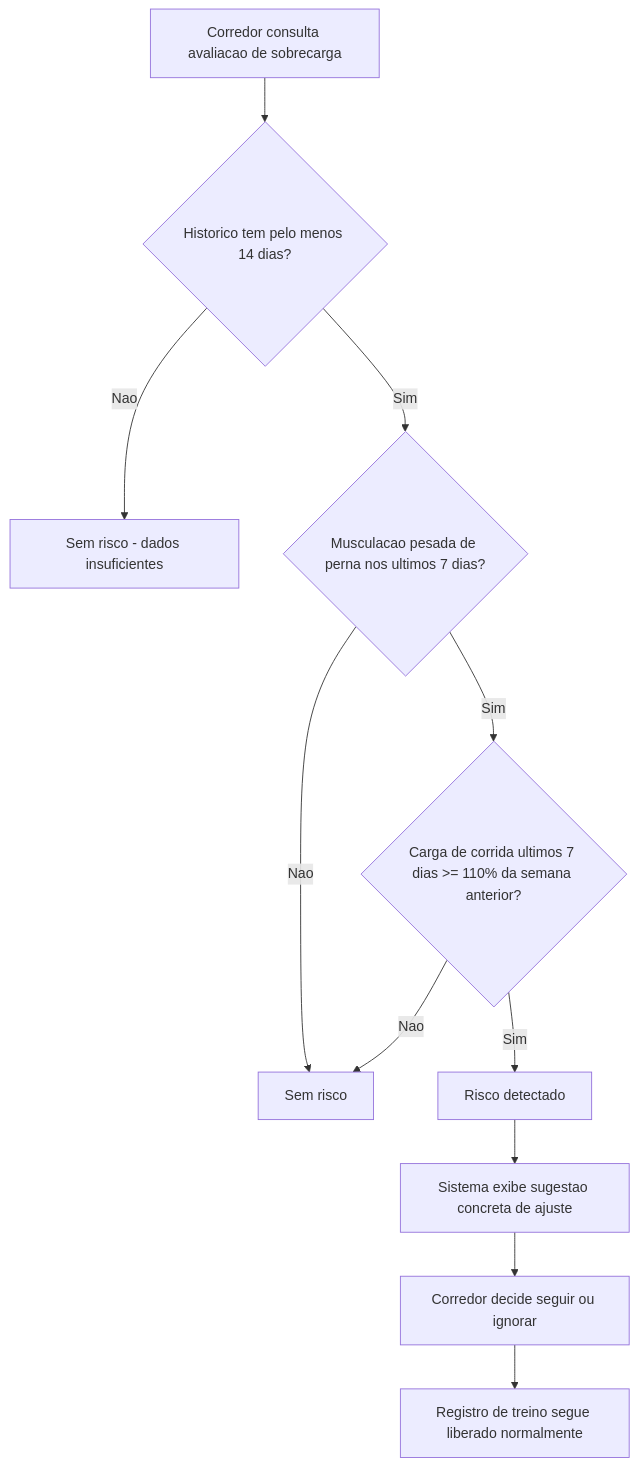
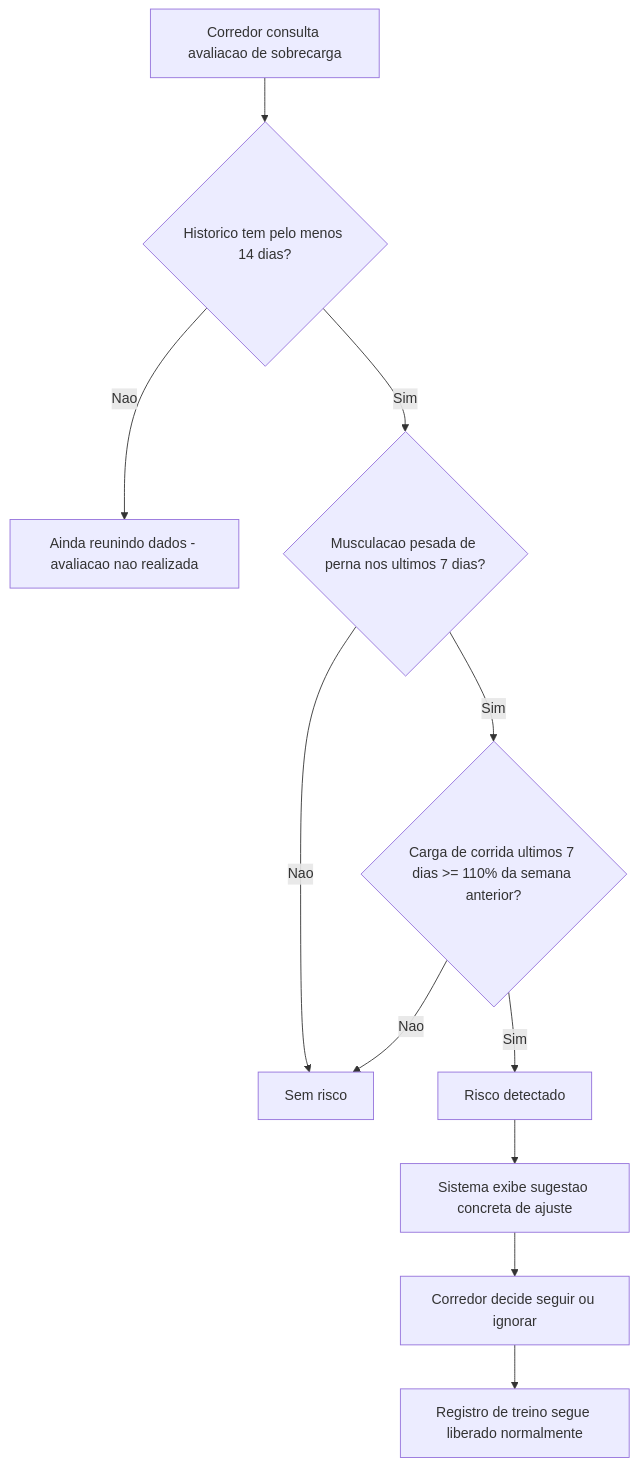
Before and after one commit to JoaoFPedro/steady-ia: the second of 3 diagrams in DocumentAIReadme/Steady.Domain/BusinessRulesDocs/Deteccao-de-Sobrecarga-Sobrecarga-Rules.md, drawn with Mermaid. The commit also changed other lines of this file and 28 other files, not shown here.

````diff
--- a/DocumentAIReadme/Steady.Domain/BusinessRulesDocs/Deteccao-de-Sobrecarga-Sobrecarga-Rules.md
+++ b/DocumentAIReadme/Steady.Domain/BusinessRulesDocs/Deteccao-de-Sobrecarga-Sobrecarga-Rules.md
@@ -92,13 +92,13 @@
 ```mermaid
 flowchart TD
     A[Corredor consulta avaliacao de sobrecarga] --> B{Historico tem pelo menos 14 dias?}
-    B -->|Nao| C[Sem risco - dados insuficientes]
+    B -->|Nao| C[Ainda reunindo dados - avaliacao nao realizada]
     B -->|Sim| D{Musculacao pesada de perna nos ultimos 7 dias?}
     D -->|Nao| E[Sem risco]
     D -->|Sim| F{Carga de corrida ultimos 7 dias >= 110% da semana anterior?}
     F -->|Nao| E
     F -->|Sim| G[Risco detectado]
     G --> H[Sistema exibe sugestao concreta de ajuste]
     H --> I[Corredor decide seguir ou ignorar]
     I --> J[Registro de treino segue liberado normalmente]
 ```
````
